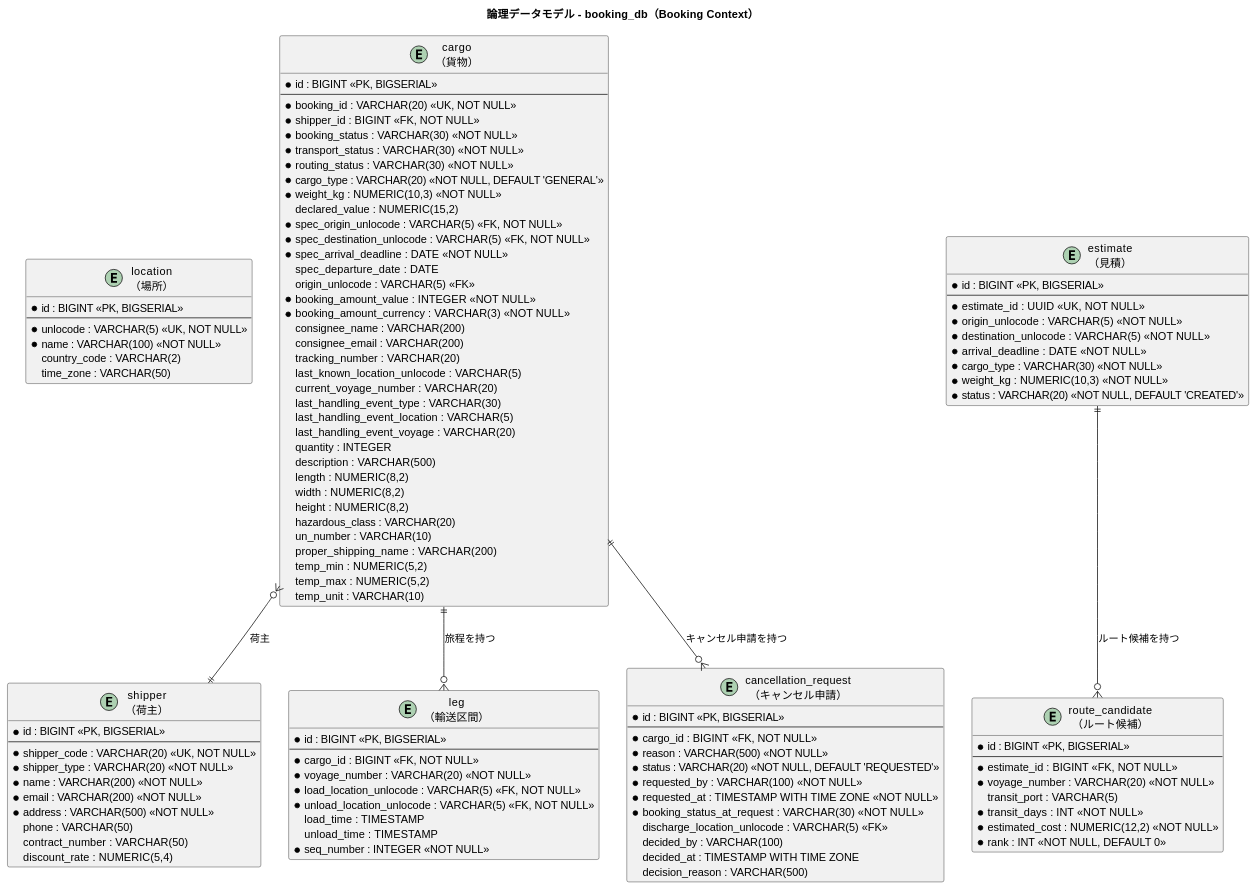
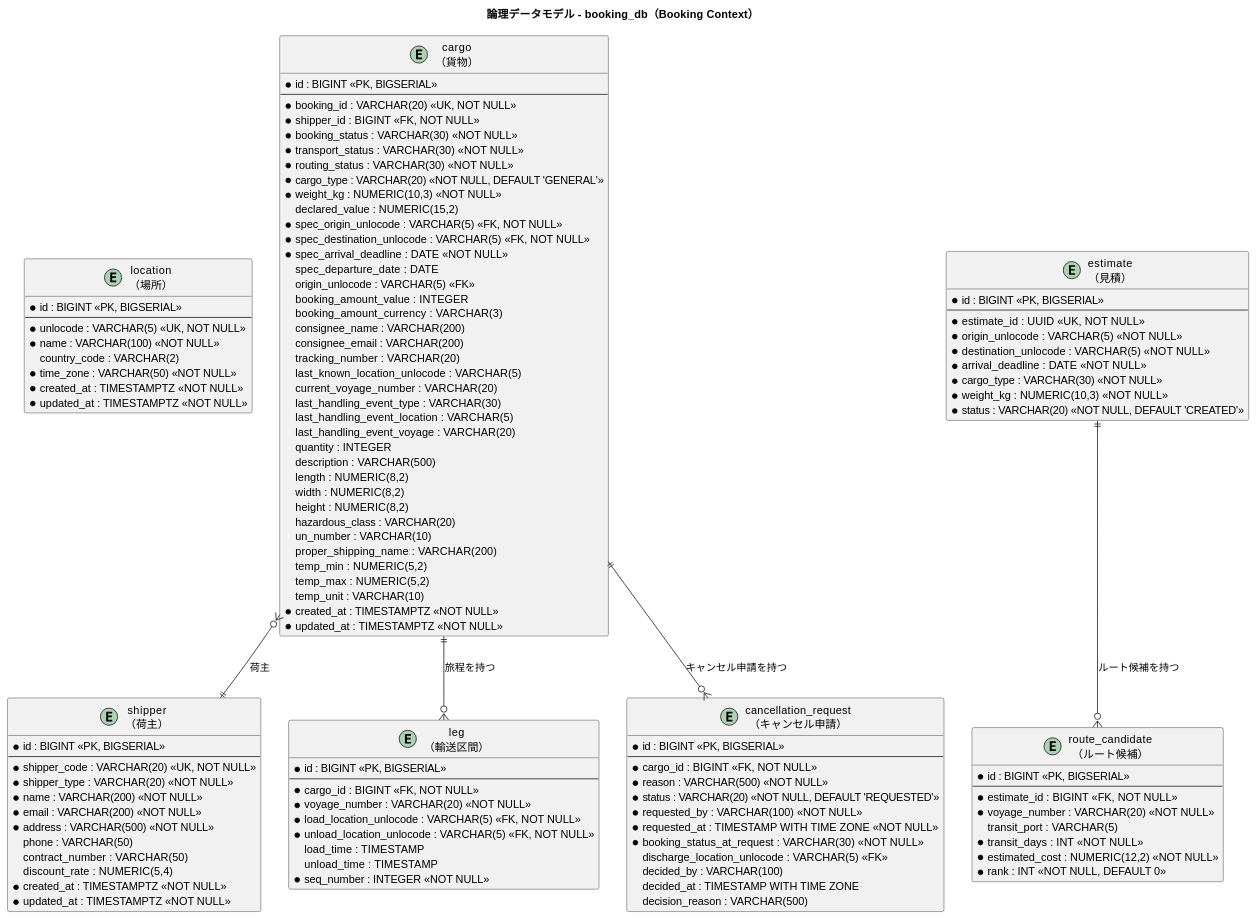
One commit to k2works/case-study-cargo-tracker changed the third of 7 diagrams in docs/design/data-model.md. Above: the diagram before and after it, drawn with PlantUML. The commit also changed other lines of this file and 4 other files, not shown here.

```diff
--- a/docs/design/data-model.md
+++ b/docs/design/data-model.md
@@ -378,7 +382,9 @@
   * unlocode : VARCHAR(5) <<UK, NOT NULL>>
   * name : VARCHAR(100) <<NOT NULL>>
   country_code : VARCHAR(2)
-  time_zone : VARCHAR(50)
+  * time_zone : VARCHAR(50) <<NOT NULL>>
+  * created_at : TIMESTAMPTZ <<NOT NULL>>
+  * updated_at : TIMESTAMPTZ <<NOT NULL>>
 }
 
 entity "shipper\n（荷主）" as shipper {
@@ -392,6 +398,8 @@
   phone : VARCHAR(50)
   contract_number : VARCHAR(50)
   discount_rate : NUMERIC(5,4)
+  * created_at : TIMESTAMPTZ <<NOT NULL>>
+  * updated_at : TIMESTAMPTZ <<NOT NULL>>
 }
 
 entity "cargo\n（貨物）" as cargo {
@@ -410,8 +418,8 @@
   * spec_arrival_deadline : DATE <<NOT NULL>>
   spec_departure_date : DATE
   origin_unlocode : VARCHAR(5) <<FK>>
-  * booking_amount_value : INTEGER <<NOT NULL>>
-  * booking_amount_currency : VARCHAR(3) <<NOT NULL>>
+  booking_amount_value : INTEGER
+  booking_amount_currency : VARCHAR(3)
   consignee_name : VARCHAR(200)
   consignee_email : VARCHAR(200)
   tracking_number : VARCHAR(20)
@@ -431,6 +439,8 @@
   temp_min : NUMERIC(5,2)
   temp_max : NUMERIC(5,2)
   temp_unit : VARCHAR(10)
+  * created_at : TIMESTAMPTZ <<NOT NULL>>
+  * updated_at : TIMESTAMPTZ <<NOT NULL>>
 }
 
 entity "leg\n（輸送区間）" as leg {
```
